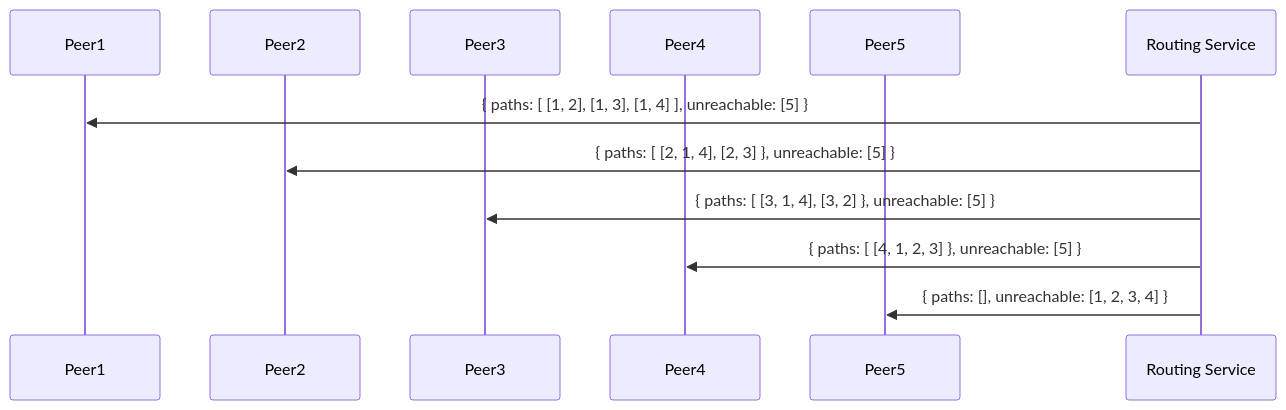
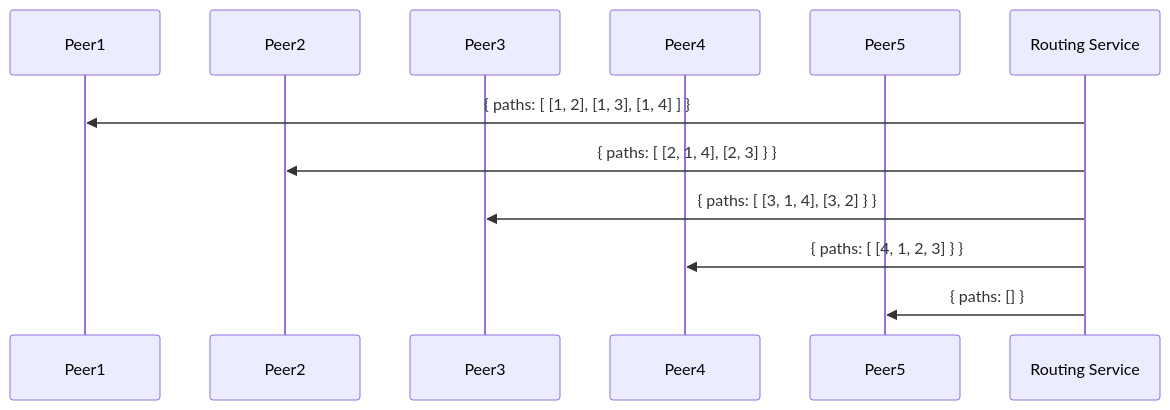
One commit to decentraland/adr changed the fourth of 11 diagrams in RFC/RFC-14-p2p-adapter.md. Above: the diagram before and after it, drawn with Mermaid. The commit also changed other lines of this file, not shown here.

````diff
--- a/RFC/RFC-14-p2p-adapter.md
+++ b/RFC/RFC-14-p2p-adapter.md
@@ -85,15 +94,15 @@
 ```mermaid
 sequenceDiagram
     participant Peer1
     participant Peer2
     participant Peer3
     participant Peer4
     participant Peer5
     participant RS as Routing Service
 
-    RS->>Peer1: { paths: [ [1, 2], [1, 3], [1, 4] ], unreachable: [5] }
-    RS->>Peer2: { paths: [ [2, 1, 4], [2, 3] }, unreachable: [5] }
-    RS->>Peer3: { paths: [ [3, 1, 4], [3, 2] }, unreachable: [5] }
-    RS->>Peer4: { paths: [ [4, 1, 2, 3] }, unreachable: [5] }
-    RS->>Peer5: { paths: [], unreachable: [1, 2, 3, 4] }
+    RS->>Peer1: { paths: [ [1, 2], [1, 3], [1, 4] ] }
+    RS->>Peer2: { paths: [ [2, 1, 4], [2, 3] } }
+    RS->>Peer3: { paths: [ [3, 1, 4], [3, 2] } }
+    RS->>Peer4: { paths: [ [4, 1, 2, 3] } }
+    RS->>Peer5: { paths: [] }
 ```
````
